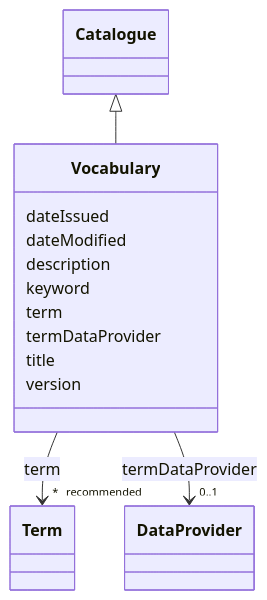
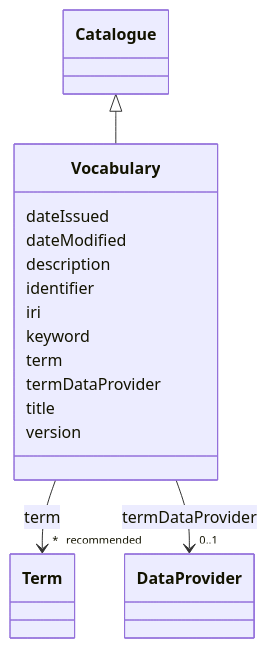
One commit to EVORA-project/evora-ontology changed the diagram in models/docs/Vocabulary.md. Above: the diagram before and after it, drawn with Mermaid. The commit also changed other lines of this file and 391 other files, not shown here.

````diff
--- a/models/docs/Vocabulary.md
+++ b/models/docs/Vocabulary.md
@@ -19,39 +19,43 @@
 ```mermaid
  classDiagram
     class Vocabulary
     click Vocabulary href "../Vocabulary"
       Catalogue <|-- Vocabulary
         click Catalogue href "../Catalogue"
       
       Vocabulary : dateIssued
         
       Vocabulary : dateModified
         
       Vocabulary : description
+        
+      Vocabulary : identifier
+        
+      Vocabulary : iri
         
       Vocabulary : keyword
         
       Vocabulary : term
         
           
     
     
     Vocabulary --> "* _recommended_" Term : term
     click Term href "../Term"
 
         
       Vocabulary : termDataProvider
         
           
     
     
     Vocabulary --> "0..1" DataProvider : termDataProvider
     click DataProvider href "../DataProvider"
 
         
       Vocabulary : title
         
       Vocabulary : version
         
       
 ```
````
